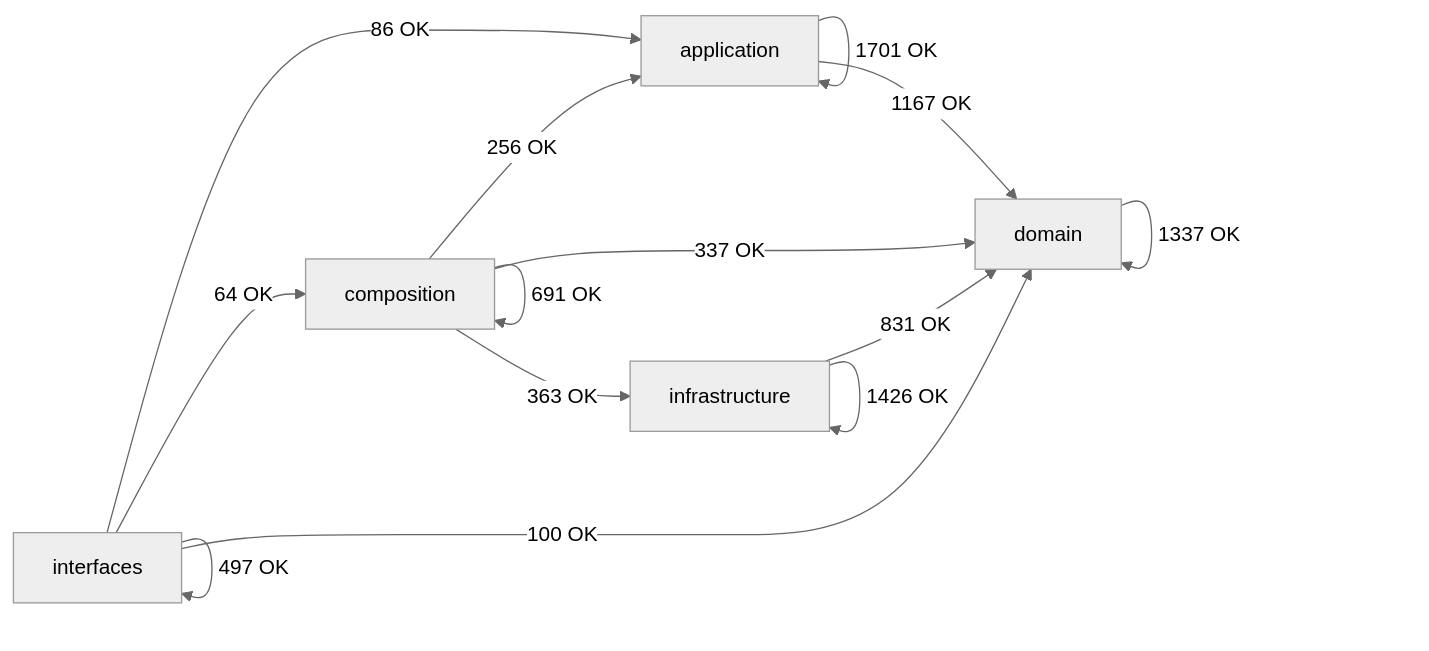
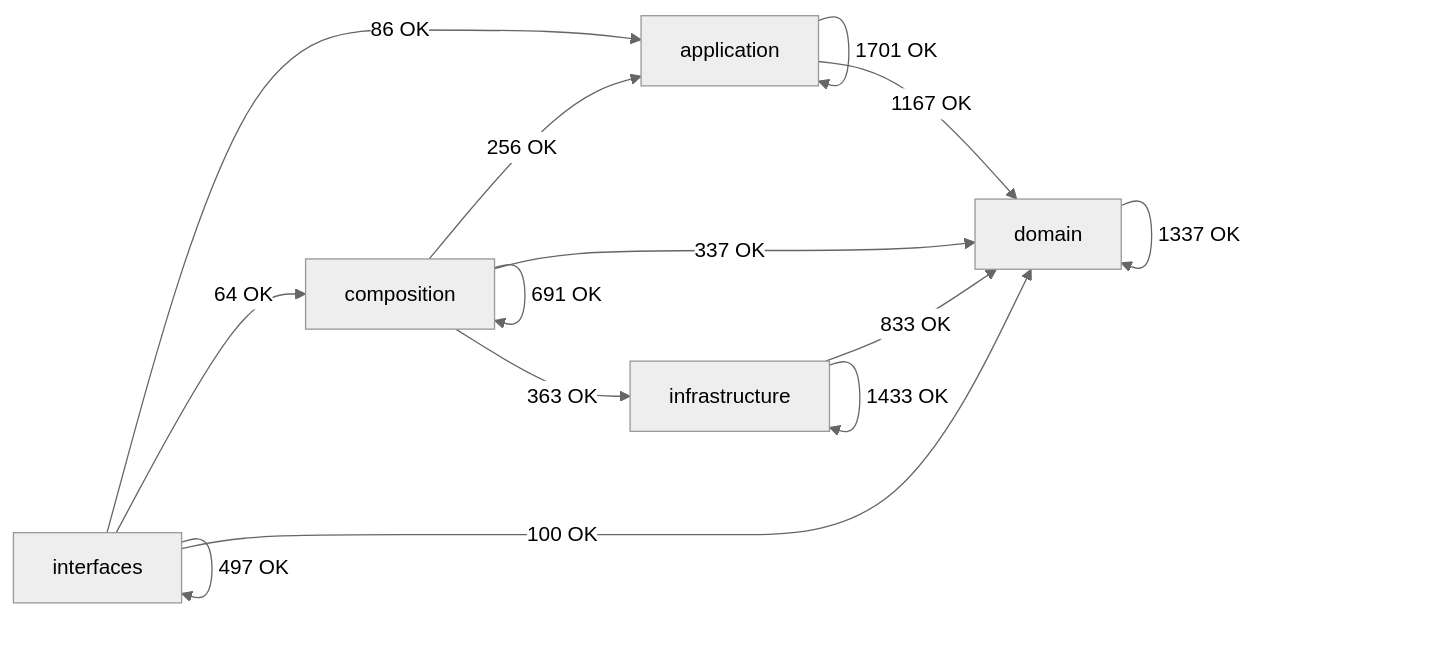
Before and after one commit to SatoryKono/BioactivityDataAcquisition: the diagram in docs/02-architecture/generated/module-dependency-map.md, drawn with Mermaid (neutral theme). The commit also changed other lines of this file and 95 other files, not shown here.

````diff
--- a/docs/02-architecture/generated/module-dependency-map.md
+++ b/docs/02-architecture/generated/module-dependency-map.md
@@ -17,21 +17,21 @@
 ```mermaid
 flowchart LR
     domain[domain]
     application[application]
     infrastructure[infrastructure]
     composition[composition]
     interfaces[interfaces]
     application -->|1701 OK| application
     application -->|1167 OK| domain
     composition -->|256 OK| application
     composition -->|691 OK| composition
     composition -->|337 OK| domain
     composition -->|363 OK| infrastructure
     domain -->|1337 OK| domain
-    infrastructure -->|831 OK| domain
-    infrastructure -->|1426 OK| infrastructure
+    infrastructure -->|833 OK| domain
+    infrastructure -->|1433 OK| infrastructure
     interfaces -->|86 OK| application
     interfaces -->|64 OK| composition
     interfaces -->|100 OK| domain
     interfaces -->|497 OK| interfaces
 ```
````
